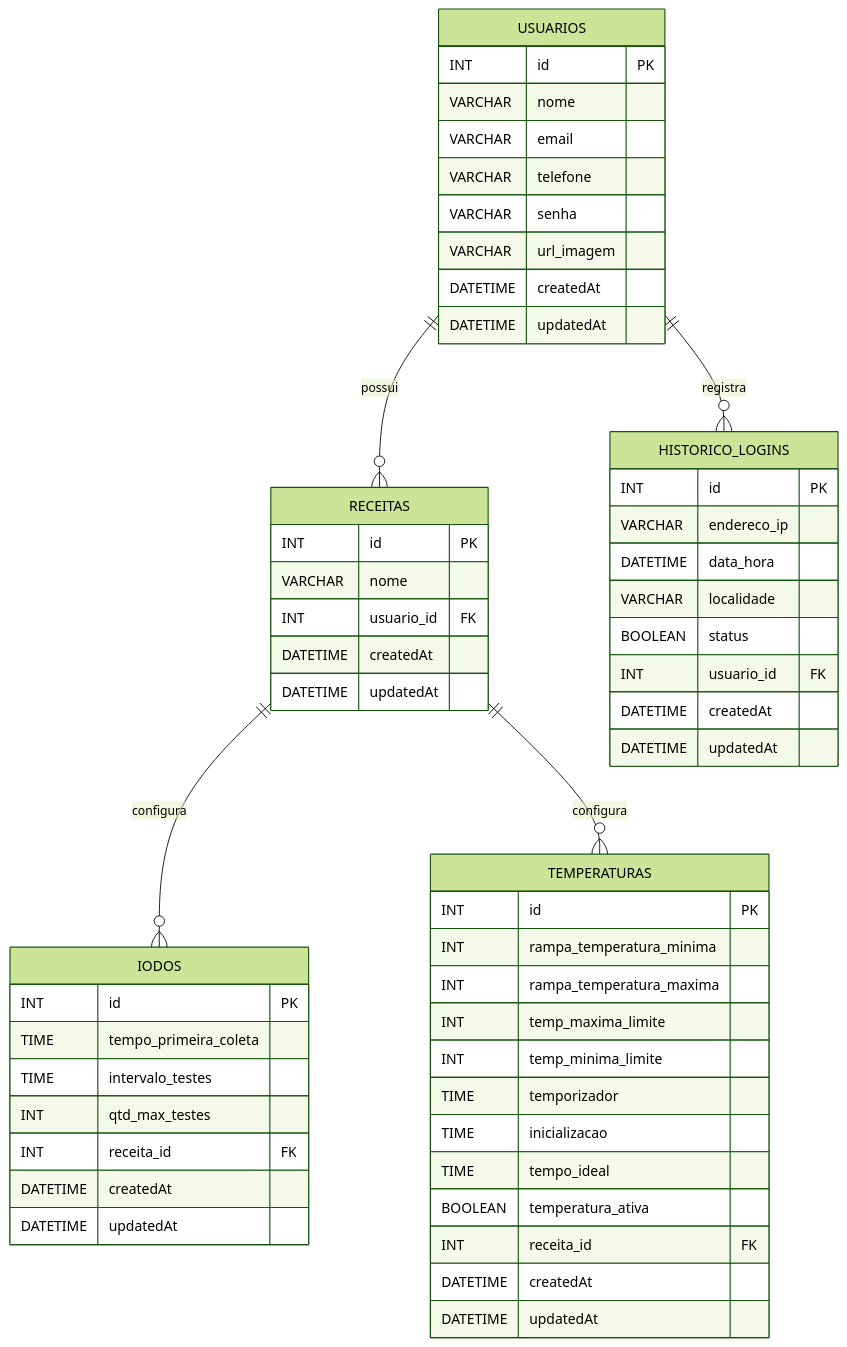
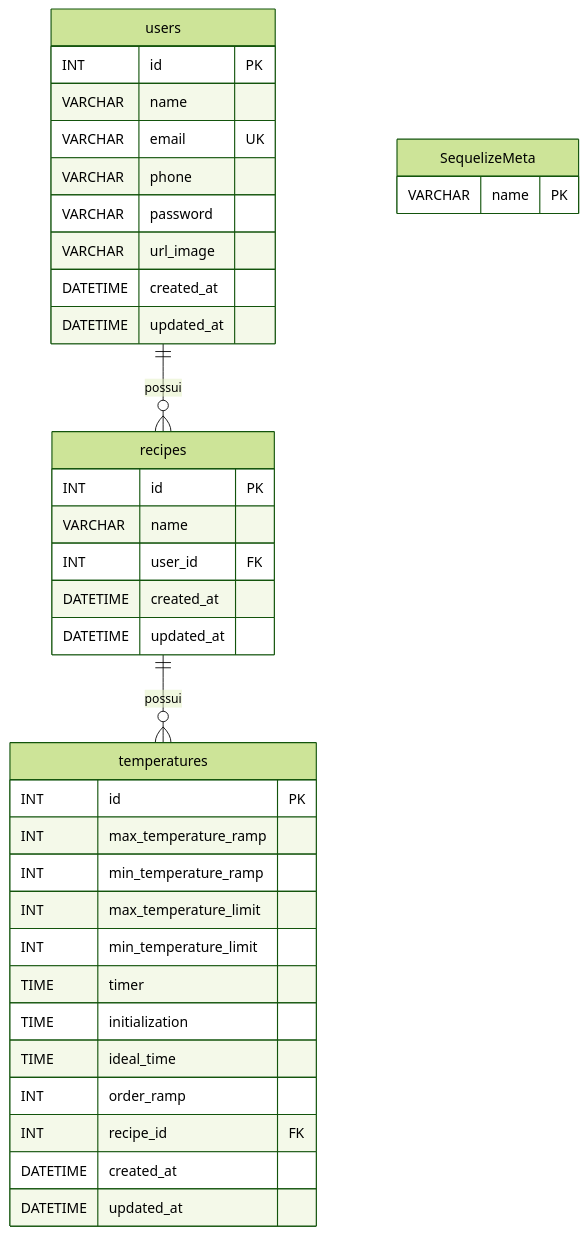
The diagram in database/diagrama_mer_mash.mmd (conloq/documentation), drawn with Mermaid (forest theme) before and after one commit. The commit also changed 16 other files, not shown here.

Commit message:
docs: alinhar schema e evidências do banco local (#99)

```diff
--- a/database/diagrama_mer_mash.mmd
+++ b/database/diagrama_mer_mash.mmd
@@ -1,60 +1,38 @@
 erDiagram
-    USUARIOS ||--o{ RECEITAS : possui
-    USUARIOS ||--o{ HISTORICO_LOGINS : registra
-    RECEITAS ||--o{ IODOS : configura
-    RECEITAS ||--o{ TEMPERATURAS : configura
+    users ||--o{ recipes : possui
+    recipes ||--o{ temperatures : possui
 
-    USUARIOS {
+    users {
         INT id PK
-        VARCHAR nome
-        VARCHAR email
-        VARCHAR telefone
-        VARCHAR senha
-        VARCHAR url_imagem
-        DATETIME createdAt
-        DATETIME updatedAt
+        VARCHAR name
+        VARCHAR email UK
+        VARCHAR phone
+        VARCHAR password
+        VARCHAR url_image
+        DATETIME created_at
+        DATETIME updated_at
     }
-
-    RECEITAS {
+    recipes {
         INT id PK
-        VARCHAR nome
-        INT usuario_id FK
-        DATETIME createdAt
-        DATETIME updatedAt
+        VARCHAR name
+        INT user_id FK
+        DATETIME created_at
+        DATETIME updated_at
     }
-
-    IODOS {
+    temperatures {
         INT id PK
-        TIME tempo_primeira_coleta
-        TIME intervalo_testes
-        INT qtd_max_testes
-        INT receita_id FK
-        DATETIME createdAt
-        DATETIME updatedAt
+        INT max_temperature_ramp
+        INT min_temperature_ramp
+        INT max_temperature_limit
+        INT min_temperature_limit
+        TIME timer
+        TIME initialization
+        TIME ideal_time
+        INT order_ramp
+        INT recipe_id FK
+        DATETIME created_at
+        DATETIME updated_at
     }
-
-    TEMPERATURAS {
-        INT id PK
-        INT rampa_temperatura_minima
-        INT rampa_temperatura_maxima
-        INT temp_maxima_limite
-        INT temp_minima_limite
-        TIME temporizador
-        TIME inicializacao
-        TIME tempo_ideal
-        BOOLEAN temperatura_ativa
-        INT receita_id FK
-        DATETIME createdAt
-        DATETIME updatedAt
+    SequelizeMeta {
+        VARCHAR name PK
     }
-
-    HISTORICO_LOGINS {
-        INT id PK
-        VARCHAR endereco_ip
-        DATETIME data_hora
-        VARCHAR localidade
-        BOOLEAN status
-        INT usuario_id FK
-        DATETIME createdAt
-        DATETIME updatedAt
-    }
```
